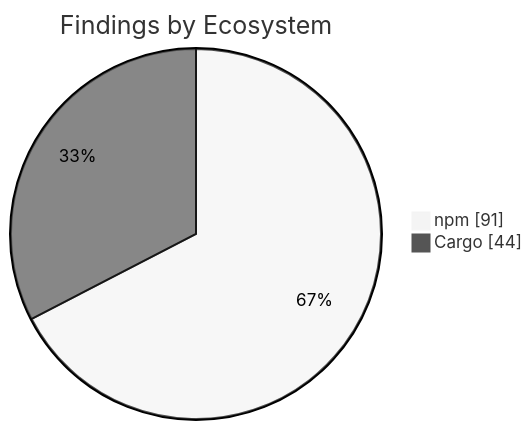
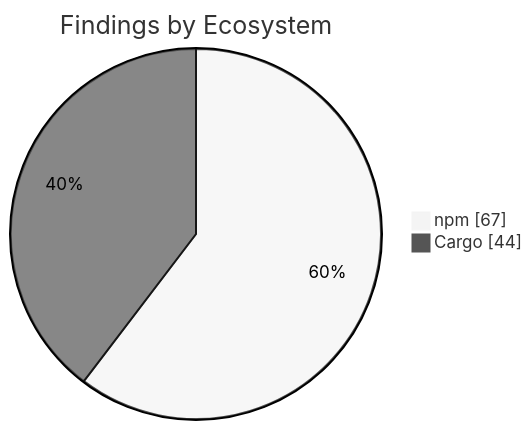
The second of 2 diagrams in apps/kbve/astro-kbve/src/content/docs/dashboard/security.mdx (KBVE/kbve), drawn with Mermaid (neutral theme) before and after one commit. The commit also changed other lines of this file and 8 other files, not shown here.

````diff
--- a/apps/kbve/astro-kbve/src/content/docs/dashboard/security.mdx
+++ b/apps/kbve/astro-kbve/src/content/docs/dashboard/security.mdx
@@ -73,6 +72,6 @@
 ```mermaid
 pie showData
     title Findings by Ecosystem
-    "npm" : 91
+    "npm" : 67
     "Cargo" : 44
 ```
````
